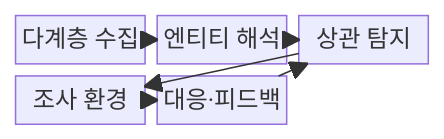
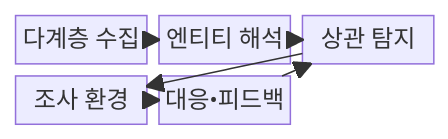
One commit to agnusdei1207/knowledge-base changed the first of 2 diagrams in src/content/docs/notes/05-security/039_extended_detection_response.md. Above: the diagram before and after it, drawn with Mermaid. The commit also changed other lines of this file and 953 other files, not shown here.

````diff
--- a/src/content/docs/notes/05-security/039_extended_detection_response.md
+++ b/src/content/docs/notes/05-security/039_extended_detection_response.md
@@ -65,14 +65,14 @@
 ```mermaid
 block
   columns 3
   A["다계층 수집"]
   B["엔티티 해석"]
   C["상관 탐지"]
   D["조사 환경"]
-  E["대응·피드백"]
+  E["대응•피드백"]
   A --> B
   B --> C
   C --> D
   D --> E
   E --> C
 ```
````
